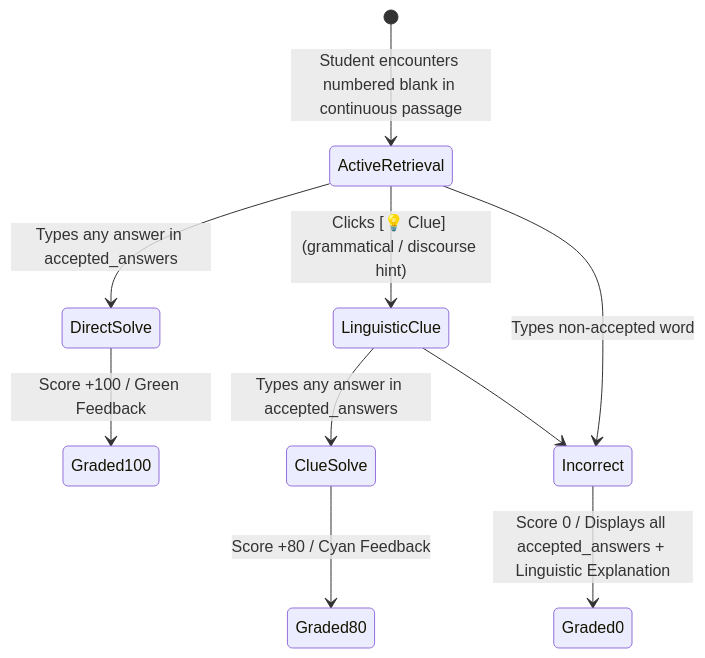
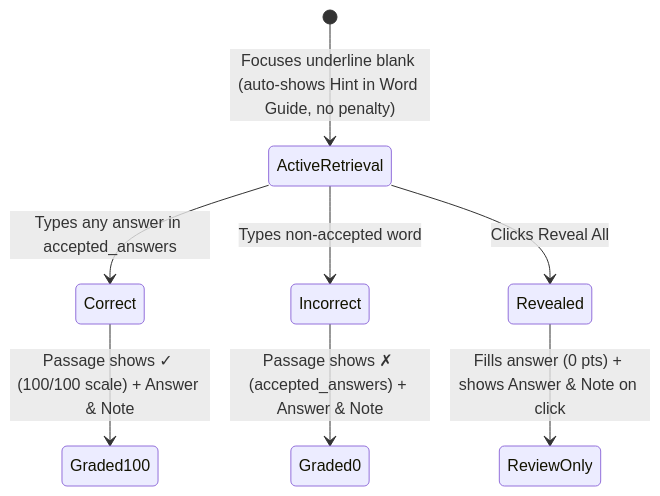
The second of 2 diagrams in docs/cloze-discourse-architecture.md (SamoyeHN/lexis-wiki), drawn with Mermaid before and after one commit. The commit also changed other lines of this file and 15 other files, not shown here.

````diff
--- a/docs/cloze-discourse-architecture.md
+++ b/docs/cloze-discourse-architecture.md
@@ -91,14 +91,12 @@
 ```mermaid
 stateDiagram-v2
-    [*] --> ActiveRetrieval: Student encounters numbered blank in continuous passage
-    ActiveRetrieval --> DirectSolve: Types any answer in accepted_answers
-    DirectSolve --> Graded100: Score +100 / Green Feedback
-
-    ActiveRetrieval --> LinguisticClue: Clicks [💡 Clue] (grammatical / discourse hint)
-    LinguisticClue --> ClueSolve: Types any answer in accepted_answers
-    ClueSolve --> Graded80: Score +80 / Cyan Feedback
+    [*] --> ActiveRetrieval: Focuses underline blank (auto-shows Hint in Word Guide, no penalty)
+    ActiveRetrieval --> Correct: Types any answer in accepted_answers
+    Correct --> Graded100: Passage shows ✓ (100/100 scale) + Answer & Note
 
     ActiveRetrieval --> Incorrect: Types non-accepted word
-    LinguisticClue --> Incorrect
-    Incorrect --> Graded0: Score 0 / Displays all accepted_answers + Linguistic Explanation
+    Incorrect --> Graded0: Passage shows ✗ (accepted_answers) + Answer & Note
+
+    ActiveRetrieval --> Revealed: Clicks Reveal All
+    Revealed --> ReviewOnly: Fills answer (0 pts) + shows Answer & Note on click
 ```
````
